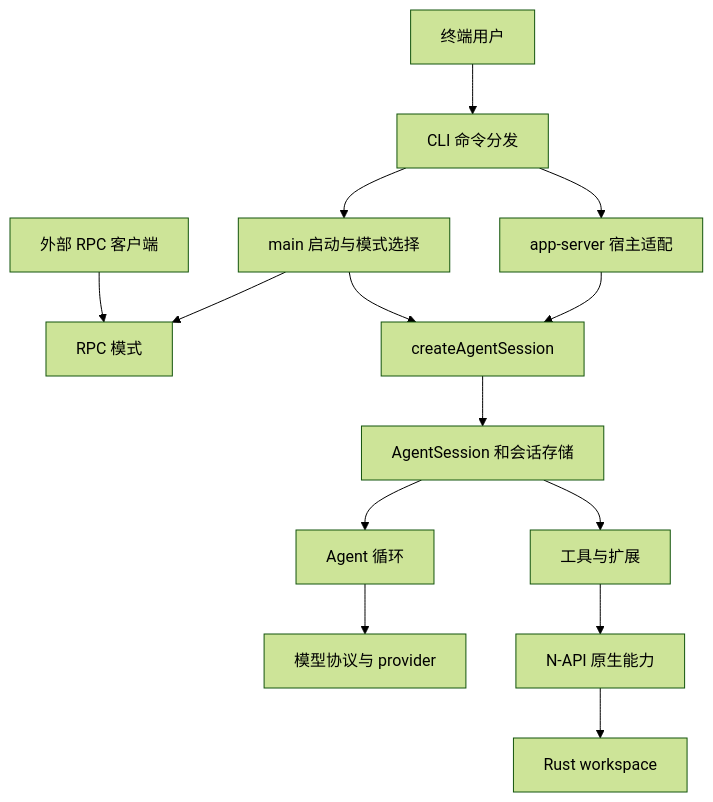
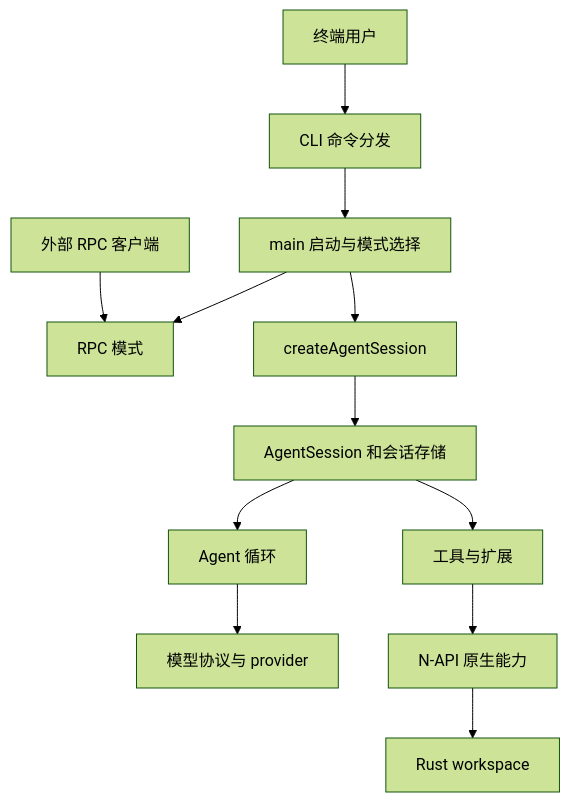
One commit to jchanghong023/oh-my-pi changed the diagram in openwiki/architecture/system-map.md. Above: the diagram before and after it, drawn with Mermaid (forest theme). The commit also changed other lines of this file and 481 other files, not shown here.

````diff
--- a/openwiki/architecture/system-map.md
+++ b/openwiki/architecture/system-map.md
@@ -55,16 +43,14 @@
 ```mermaid
 flowchart TD
     Terminal["终端用户"] --> CLI["CLI 命令分发"]
     CLI --> Main["main 启动与模式选择"]
-    CLI --> App["app-server 宿主适配"]
     External["外部 RPC 客户端"] --> RPC["RPC 模式"]
     Main --> RPC
     Main --> SDK["createAgentSession"]
-    App --> SDK
     SDK --> Session["AgentSession 和会话存储"]
     Session --> Agent["Agent 循环"]
     Agent --> AI["模型协议与 provider"]
     Session --> Tools["工具与扩展"]
     Tools --> Native["N-API 原生能力"]
     Native --> Rust["Rust workspace"]
 ```
````
